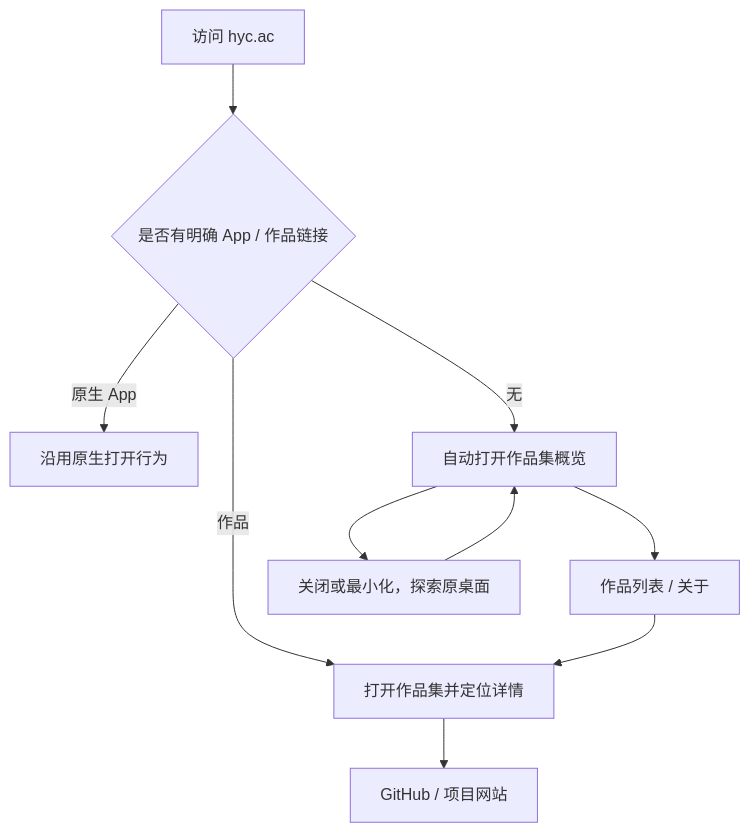
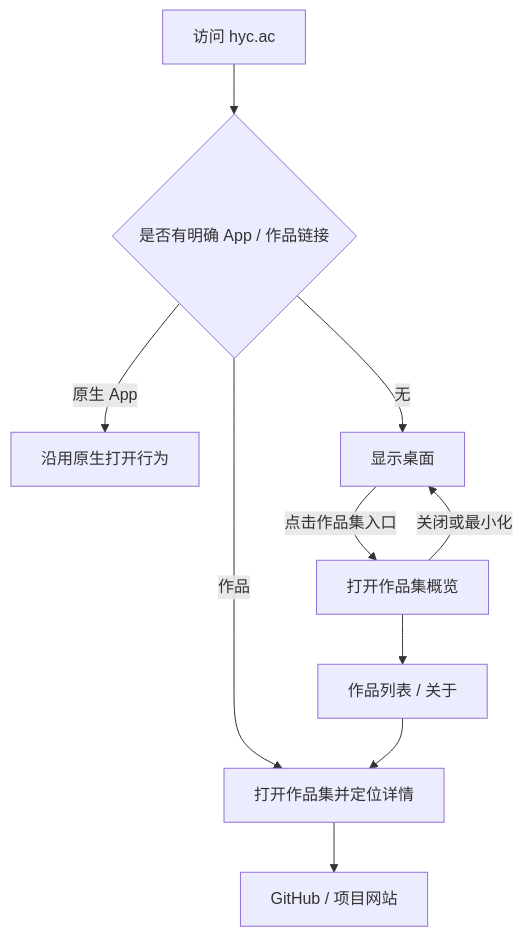
The first of 2 diagrams in specs/concept/flows-and-states.md (Hi-Yincan/LifeOS), drawn with Mermaid before and after one commit. The commit also changed other lines of this file and 9 other files, not shown here.

````diff
--- a/specs/concept/flows-and-states.md
+++ b/specs/concept/flows-and-states.md
@@ -7,12 +7,12 @@
 ```mermaid
 flowchart TD
   A[访问 hyc.ac] --> B{是否有明确 App / 作品链接}
   B -->|作品| C[打开作品集并定位详情]
   B -->|原生 App| D[沿用原生打开行为]
-  B -->|无| E[自动打开作品集概览]
+  B -->|无| H[显示桌面]
+  H -->|点击作品集入口| E[打开作品集概览]
   E --> F[作品列表 / 关于]
   F --> C
   C --> G[GitHub / 项目网站]
-  E --> H[关闭或最小化，探索原桌面]
-  H --> E
+  E -->|关闭或最小化| H
 ```
````
